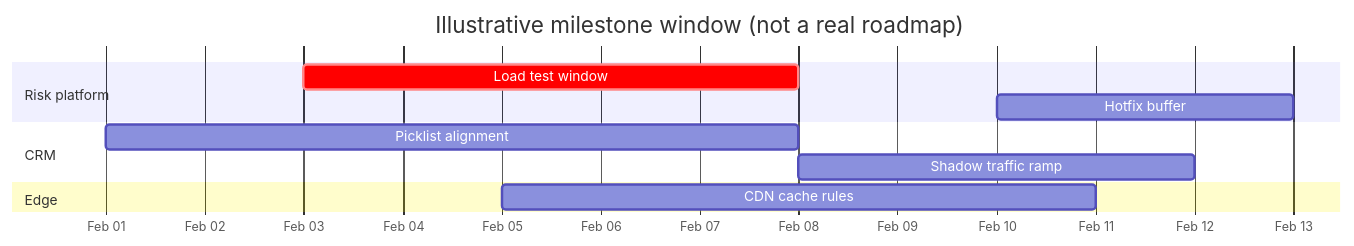
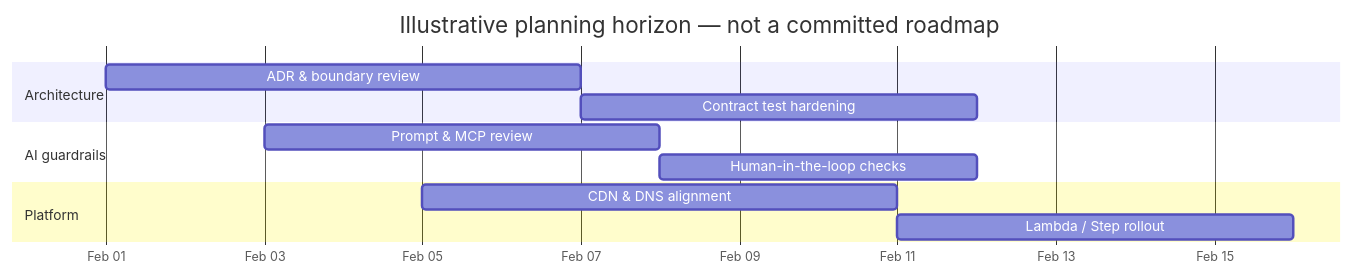
The second of 6 diagrams in README.md (tomm1990/tomm1990), drawn with Mermaid before and after one commit. The commit also changed other lines of this file, not shown here.

First line of the commit message:
docs(profile): light-theme widgets, stats fix, and mermaid refresh

````diff
--- a/README.md
+++ b/README.md
@@ -182,14 +169,15 @@
 ```mermaid
 gantt
-    title Illustrative milestone window (not a real roadmap)
+    title Illustrative planning horizon — not a committed roadmap
     dateFormat  YYYY-MM-DD
     axisFormat  %b %d
-    section Risk platform
-    Load test window         :crit, load1, 2026-02-03, 5d
-    Hotfix buffer            :buffer, 2026-02-10, 3d
-    section CRM
-    Picklist alignment       :crm1, 2026-02-01, 7d
-    Shadow traffic ramp      :crm2, after crm1, 4d
-    section Edge
-    CDN cache rules          :edge1, 2026-02-05, 6d
+    section Architecture
+    ADR & boundary review     :arch1, 2026-02-01, 6d
+    Contract test hardening   :arch2, after arch1, 5d
+    section AI guardrails
+    Prompt & MCP review       :ai1, 2026-02-03, 5d
+    Human-in-the-loop checks  :ai2, after ai1, 4d
+    section Platform
+    CDN & DNS alignment       :pl1, 2026-02-05, 6d
+    Lambda / Step rollout     :pl2, after pl1, 5d
 ```
````
